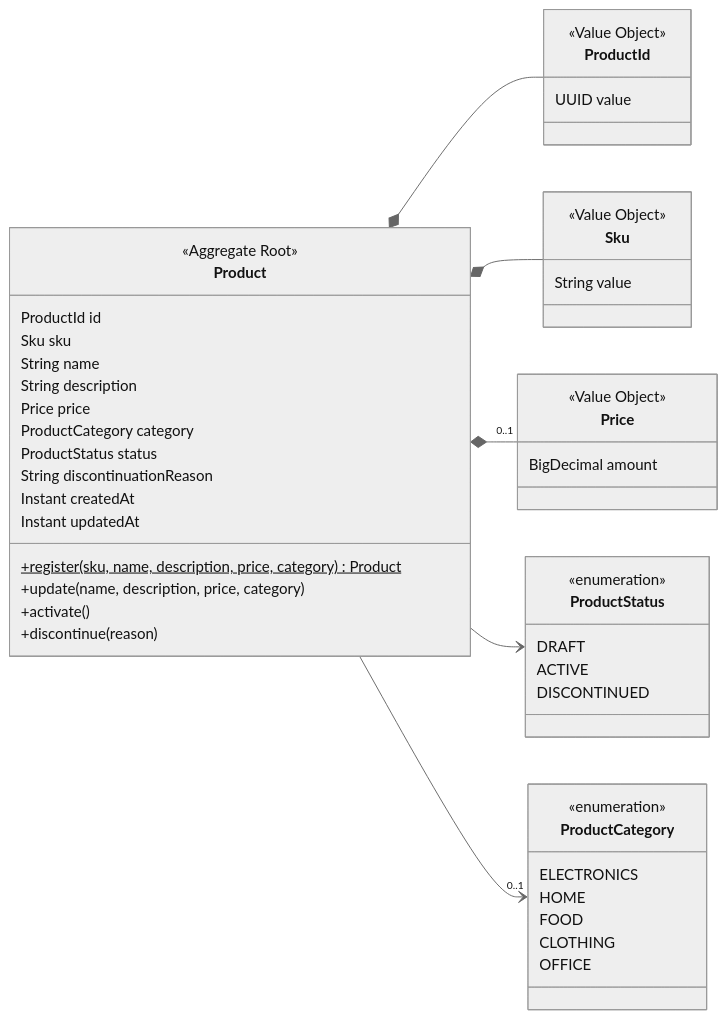
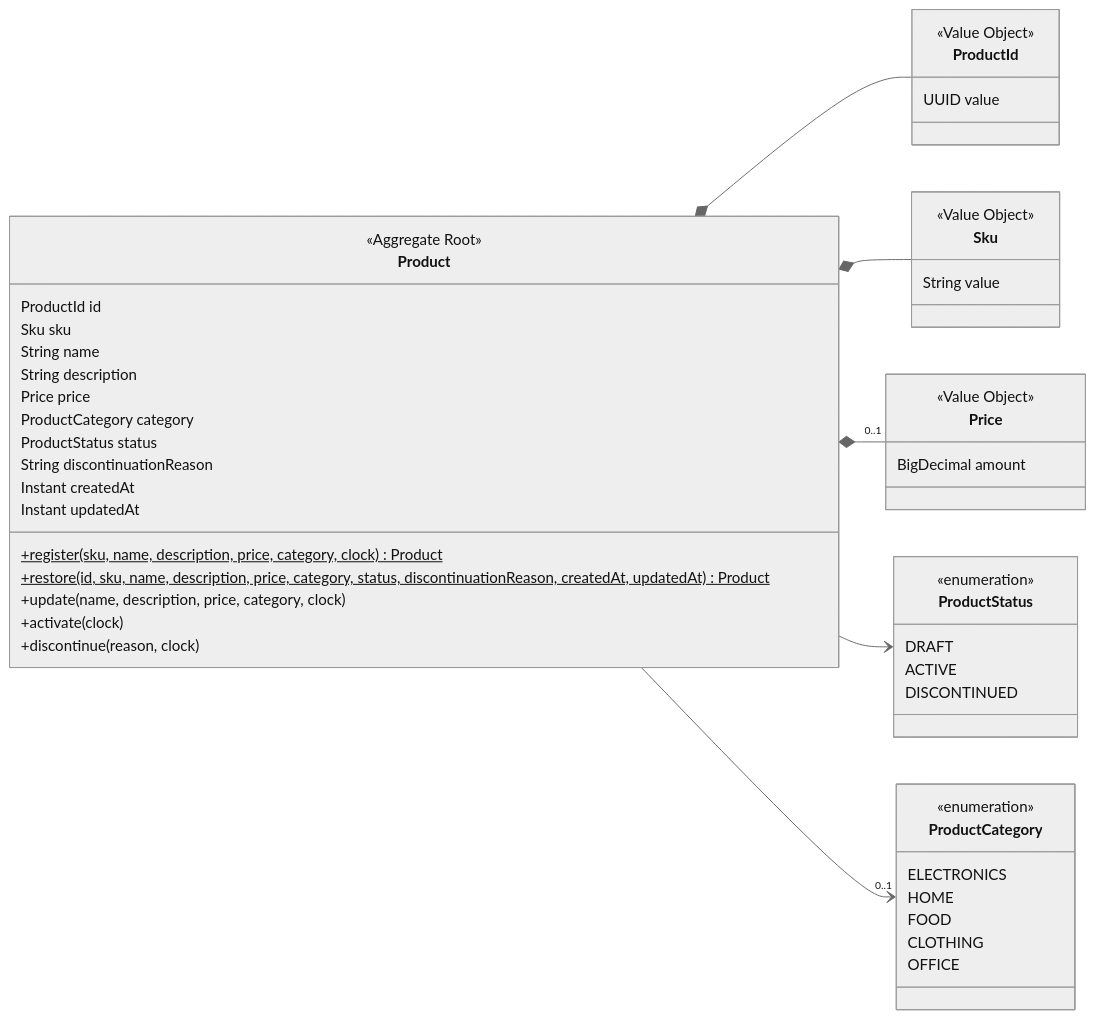
The diagram in specs/architecture/domain-model.md (GalaxyTraining/CURS-000658-AI-SDD-F4), drawn with Mermaid (neutral theme) before and after one commit. The commit also changed other lines of this file and 3 other files, not shown here.

First line of the commit message:
design: sincronizar tech-stack, architecture y domain-model con el código

````diff
--- a/specs/architecture/domain-model.md
+++ b/specs/architecture/domain-model.md
@@ -20,59 +20,60 @@
 ```mermaid
 classDiagram
     direction LR
 
     class Product {
         <<Aggregate Root>>
         ProductId id
         Sku sku
         String name
         String description
         Price price
         ProductCategory category
         ProductStatus status
         String discontinuationReason
         Instant createdAt
         Instant updatedAt
-        +register(sku, name, description, price, category)$ Product
-        +update(name, description, price, category)
-        +activate()
-        +discontinue(reason)
+        +register(sku, name, description, price, category, clock)$ Product
+        +restore(id, sku, name, description, price, category, status, discontinuationReason, createdAt, updatedAt)$ Product
+        +update(name, description, price, category, clock)
+        +activate(clock)
+        +discontinue(reason, clock)
     }
 
     class ProductId {
         <<Value Object>>
         UUID value
     }
 
     class Sku {
         <<Value Object>>
         String value
     }
 
     class Price {
         <<Value Object>>
         BigDecimal amount
     }
 
     class ProductStatus {
         <<enumeration>>
         DRAFT
         ACTIVE
         DISCONTINUED
     }
 
     class ProductCategory {
         <<enumeration>>
         ELECTRONICS
         HOME
         FOOD
         CLOTHING
         OFFICE
     }
 
     Product *-- ProductId
     Product *-- Sku
     Product *-- "0..1" Price
     Product --> ProductStatus
     Product --> "0..1" ProductCategory
 ```
````
